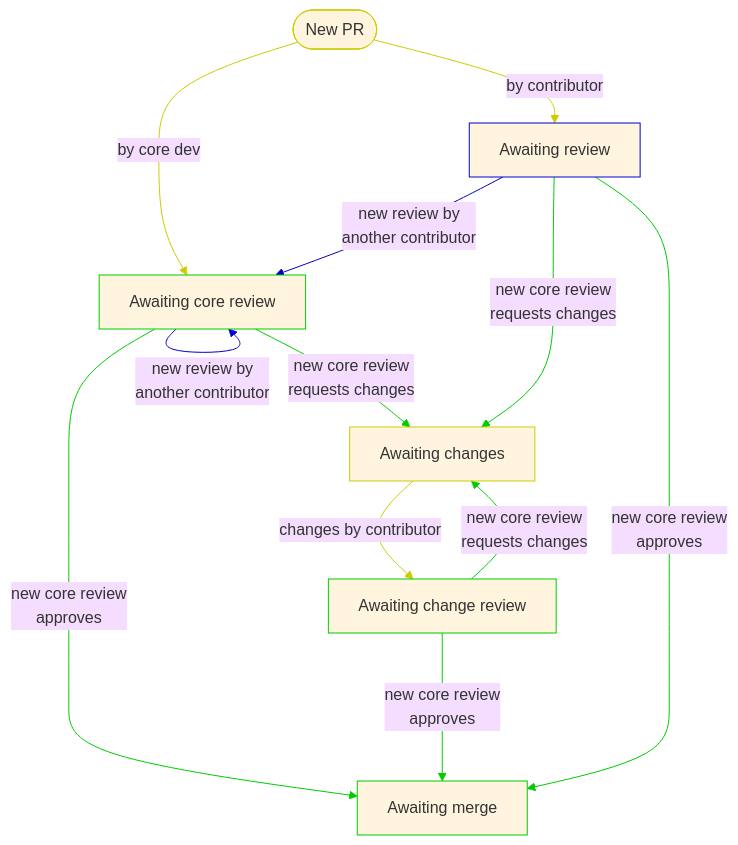
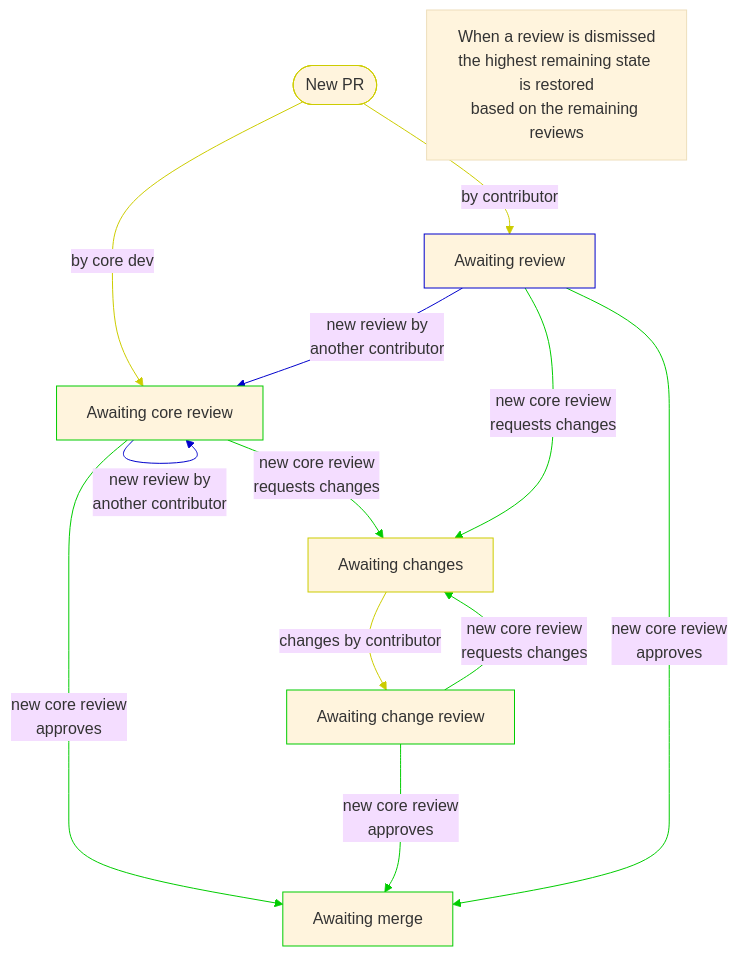
One commit to python/bedevere changed the diagram in README.md. Above: the diagram before and after it, drawn with Mermaid (base theme). The commit also changed 2 other files, not shown here.

Commit message:
Update stage based on dismissed reviews (#490)
* Remove unused imports

* Update stage based on dismissed reviews

* Add a note

````diff
--- a/README.md
+++ b/README.md
@@ -44,17 +44,18 @@
 ```mermaid
 flowchart TD
     A([New PR]):::creator
     A -- by contributor --> B[Awaiting review]:::anyone
     A -- by core dev --> C[Awaiting core review]:::coredev
     B & C -- new review by\nanother contributor --> C
     C & B & E  -- new core review\nrequests changes --> D[Awaiting changes]:::creator
     D -- changes by contributor --> E[Awaiting change review]:::coredev
     C & E & B -- new core review\napproves ---> F[Awaiting merge]:::coredev
+    G[When a review is dismissed\nthe highest remaining state is restored\nbased on the remaining reviews]
 classDef creator stroke:#CC0;
 classDef anyone stroke:#00C;
 classDef coredev stroke:#0C0;
 classDef triager stroke:#C0C;
 linkStyle 0,1,7 stroke:#CC0,color:auto;
 linkStyle 2,3 stroke:#00C,color:auto;
 linkStyle 4,5,6,8,9,10 stroke:#0C0,color:auto;
 ```
````
